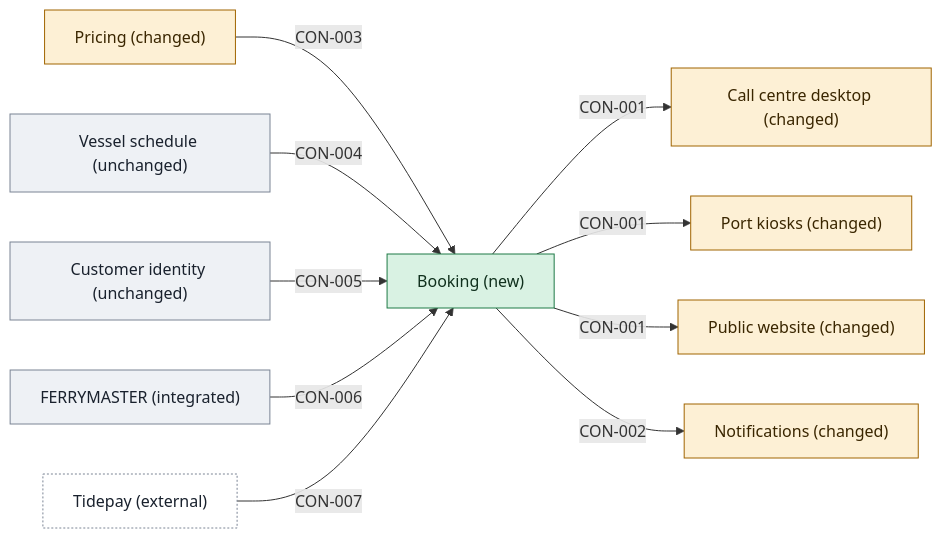
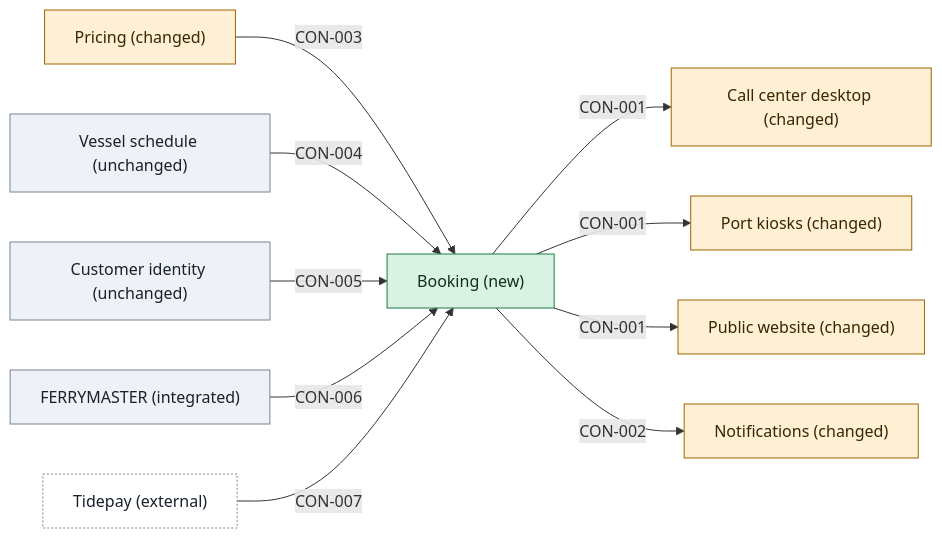
One commit to smalls257/vela changed the diagram in examples/unified-booking/05-building-blocks/05-building-blocks.md. Above: the diagram before and after it, drawn with Mermaid. The commit also changed other lines of this file and 236 other files, not shown here.

````diff
--- a/examples/unified-booking/05-building-blocks/05-building-blocks.md
+++ b/examples/unified-booking/05-building-blocks/05-building-blocks.md
@@ -20,30 +20,30 @@
 ```mermaid
 flowchart LR
   n_APP_booking["Booking (new)"]
-  n_APP_call_centre["Call centre desktop (changed)"]
+  n_APP_call_center["Call center desktop (changed)"]
   n_APP_customer_identity["Customer identity (unchanged)"]
   n_APP_ferrymaster["FERRYMASTER (integrated)"]
   n_APP_kiosks["Port kiosks (changed)"]
   n_APP_notifications["Notifications (changed)"]
   n_APP_pricing["Pricing (changed)"]
   n_APP_vessel_schedule["Vessel schedule (unchanged)"]
   n_APP_website["Public website (changed)"]
   x_tidepay__external_["Tidepay (external)"]
-  n_APP_booking -->|"CON-001"| n_APP_call_centre
+  n_APP_booking -->|"CON-001"| n_APP_call_center
   n_APP_booking -->|"CON-001"| n_APP_kiosks
   n_APP_booking -->|"CON-001"| n_APP_website
   n_APP_booking -->|"CON-002"| n_APP_notifications
   n_APP_pricing -->|"CON-003"| n_APP_booking
   n_APP_vessel_schedule -->|"CON-004"| n_APP_booking
   n_APP_customer_identity -->|"CON-005"| n_APP_booking
   n_APP_ferrymaster -->|"CON-006"| n_APP_booking
   x_tidepay__external_ -->|"CON-007"| n_APP_booking
   classDef changed fill:#fdf0d5,stroke:#a06400,color:#3a2600
   classDef external fill:#ffffff,stroke:#7a8494,color:#19212d,stroke-dasharray:2 2
   classDef new fill:#d9f2e3,stroke:#1e7a46,color:#10301d
   classDef unchanged fill:#eef1f5,stroke:#7a8494,color:#19212d
-  class n_APP_call_centre,n_APP_kiosks,n_APP_notifications,n_APP_pricing,n_APP_website changed
+  class n_APP_call_center,n_APP_kiosks,n_APP_notifications,n_APP_pricing,n_APP_website changed
   class x_tidepay__external_ external
   class n_APP_booking new
   class n_APP_customer_identity,n_APP_ferrymaster,n_APP_vessel_schedule unchanged
 ```
````
